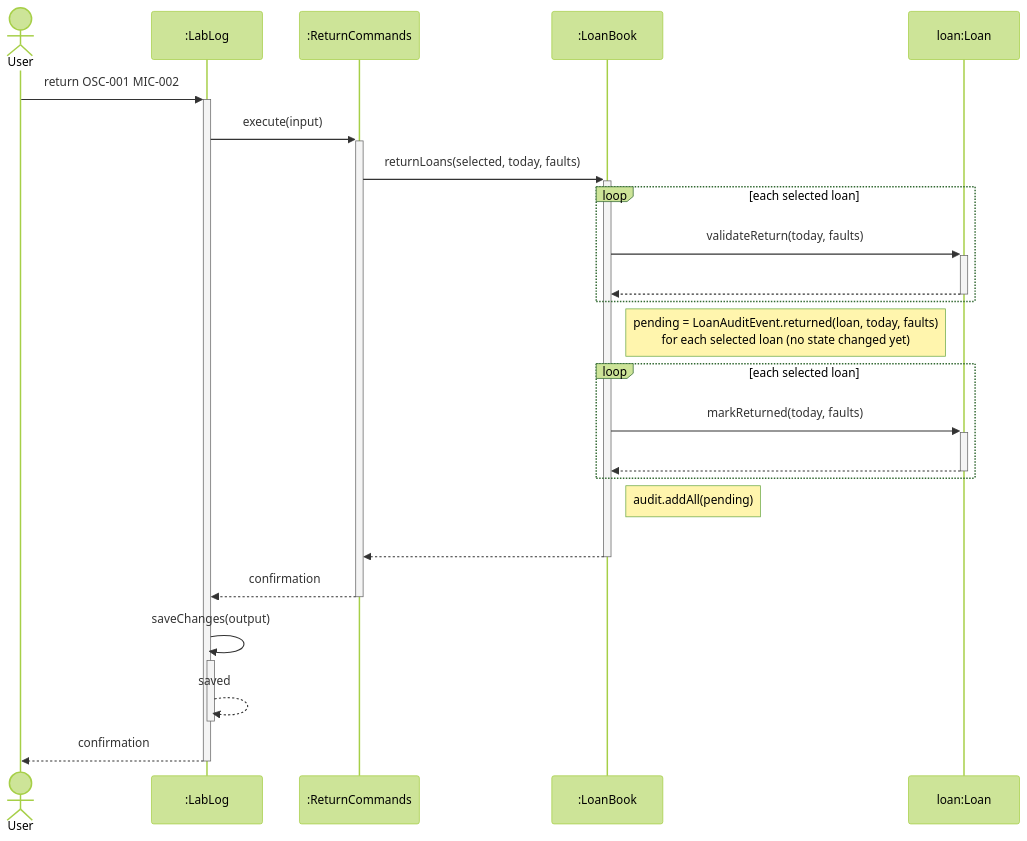
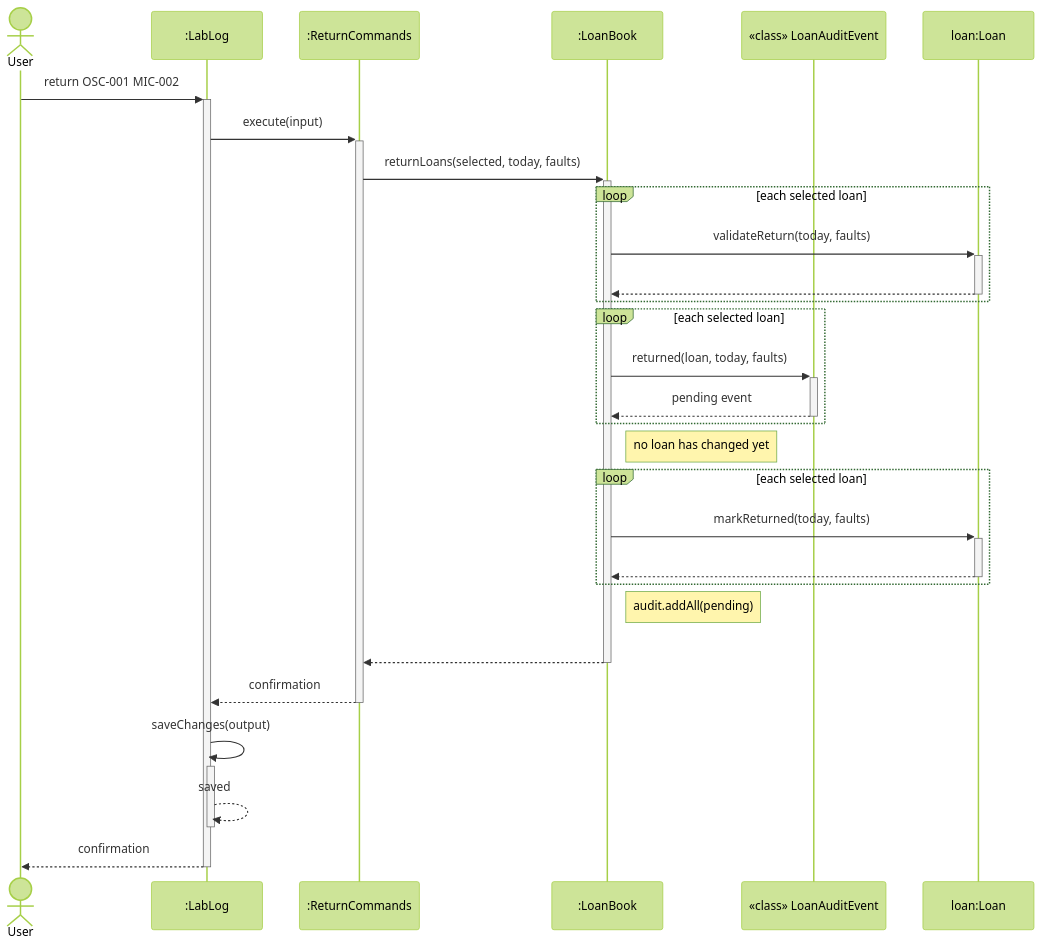
One commit to AY2627S1-CS2113-W13-3/tp changed the ninth of 12 diagrams in docs/DeveloperGuide.md. Above: the diagram before and after it, drawn with Mermaid (forest theme). The commit also changed other lines of this file, not shown here.

First line of the commit message:
Docs: Align DG diagrams with course UML notation

````diff
--- a/docs/DeveloperGuide.md
+++ b/docs/DeveloperGuide.md
@@ -855,26 +863,31 @@
 ```mermaid
 sequenceDiagram
     actor User
     participant App as :LabLog
     participant Return as :ReturnCommands
     participant Book as :LoanBook
+    participant Event as «class» LoanAuditEvent
     participant Loan as loan:Loan
     User->>+App: return OSC-001 MIC-002
     App->>+Return: execute(input)
     Return->>+Book: returnLoans(selected, today, faults)
     loop each selected loan
         Book->>+Loan: validateReturn(today, faults)
         Loan-->>-Book: #nbsp;
     end
-    Note right of Book: pending = LoanAuditEvent.returned(loan, today, faults)<br/>for each selected loan (no state changed yet)
+    loop each selected loan
+        Book->>+Event: returned(loan, today, faults)
+        Event-->>-Book: pending event
+    end
+    Note right of Book: no loan has changed yet
     loop each selected loan
         Book->>+Loan: markReturned(today, faults)
         Loan-->>-Book: #nbsp;
     end
     Note right of Book: audit.addAll(pending)
     Book-->>-Return: #nbsp;
     Return-->>-App: confirmation
     App->>+App: saveChanges(output)
     App-->>-App: saved
     App-->>-User: confirmation
 ```
````
